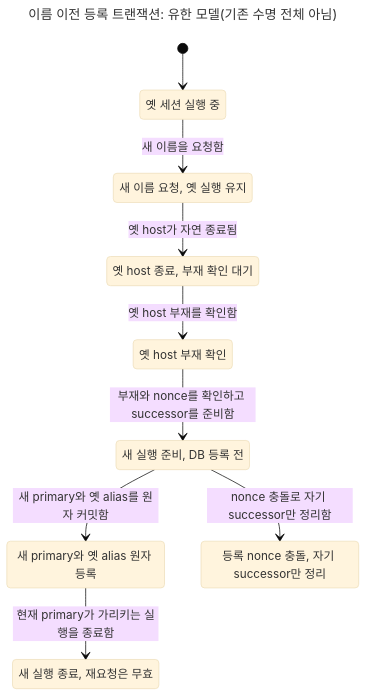
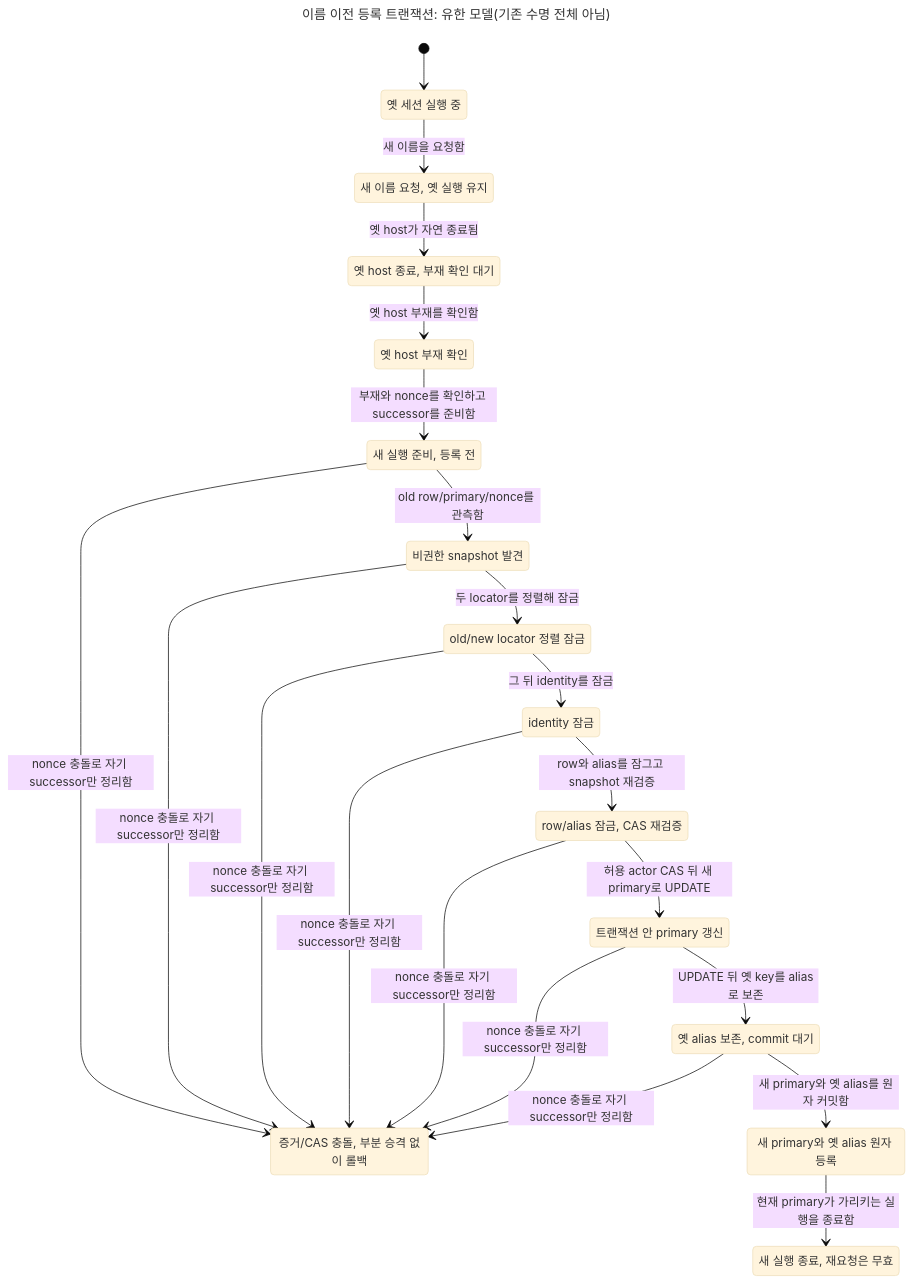
Before and after one commit to itismyfield/AgentDesk: the diagram in docs/statecharts/session-lifecycle/tmux-naming.chart.mmd, drawn with Mermaid (base theme). The commit also changed 42 other files, not shown here.

```diff
--- a/docs/statecharts/session-lifecycle/tmux-naming.chart.mmd
+++ b/docs/statecharts/session-lifecycle/tmux-naming.chart.mmd
@@ -1,20 +1,38 @@
 ---
 title: "이름 이전 등록 트랜잭션: 유한 모델(기존 수명 전체 아님)"
 ---
 stateDiagram-v2
   s0: 옛 세션 실행 중
   s1: 새 이름 요청, 옛 실행 유지
   s2: 옛 host 종료, 부재 확인 대기
   s3: 옛 host 부재 확인
-  s4: 새 실행 준비, DB 등록 전
-  s5: 새 primary와 옛 alias 원자 등록
-  s6: 등록 nonce 충돌, 자기 successor만 정리
-  s7: 새 실행 종료, 재요청은 무효
+  s4: 새 실행 준비, 등록 전
+  s5: 비권한 snapshot 발견
+  s6: old/new locator 정렬 잠금
+  s7: 증거/CAS 충돌, 부분 승격 없이 롤백
+  s8: identity 잠금
+  s9: row/alias 잠금, CAS 재검증
+  s10: 트랜잭션 안 primary 갱신
+  s11: 옛 alias 보존, commit 대기
+  s12: 새 primary와 옛 alias 원자 등록
+  s13: 새 실행 종료, 재요청은 무효
   [*] --> s0
   s0 --> s1: 새 이름을 요청함
   s1 --> s2: 옛 host가 자연 종료됨
   s2 --> s3: 옛 host 부재를 확인함
   s3 --> s4: 부재와 nonce를 확인하고 successor를 준비함
-  s4 --> s5: 새 primary와 옛 alias를 원자 커밋함
-  s4 --> s6: nonce 충돌로 자기 successor만 정리함
-  s5 --> s7: 현재 primary가 가리키는 실행을 종료함
+  s4 --> s5: old row/primary/nonce를 관측함
+  s5 --> s6: 두 locator를 정렬해 잠금
+  s4 --> s7: nonce 충돌로 자기 successor만 정리함
+  s6 --> s8: 그 뒤 identity를 잠금
+  s5 --> s7: nonce 충돌로 자기 successor만 정리함
+  s8 --> s9: row와 alias를 잠그고 snapshot 재검증
+  s6 --> s7: nonce 충돌로 자기 successor만 정리함
+  s8 --> s7: nonce 충돌로 자기 successor만 정리함
+  s9 --> s10: 허용 actor CAS 뒤 새 primary로 UPDATE
+  s9 --> s7: nonce 충돌로 자기 successor만 정리함
+  s10 --> s11: UPDATE 뒤 옛 key를 alias로 보존
+  s11 --> s12: 새 primary와 옛 alias를 원자 커밋함
+  s10 --> s7: nonce 충돌로 자기 successor만 정리함
+  s11 --> s7: nonce 충돌로 자기 successor만 정리함
+  s12 --> s13: 현재 primary가 가리키는 실행을 종료함
```
